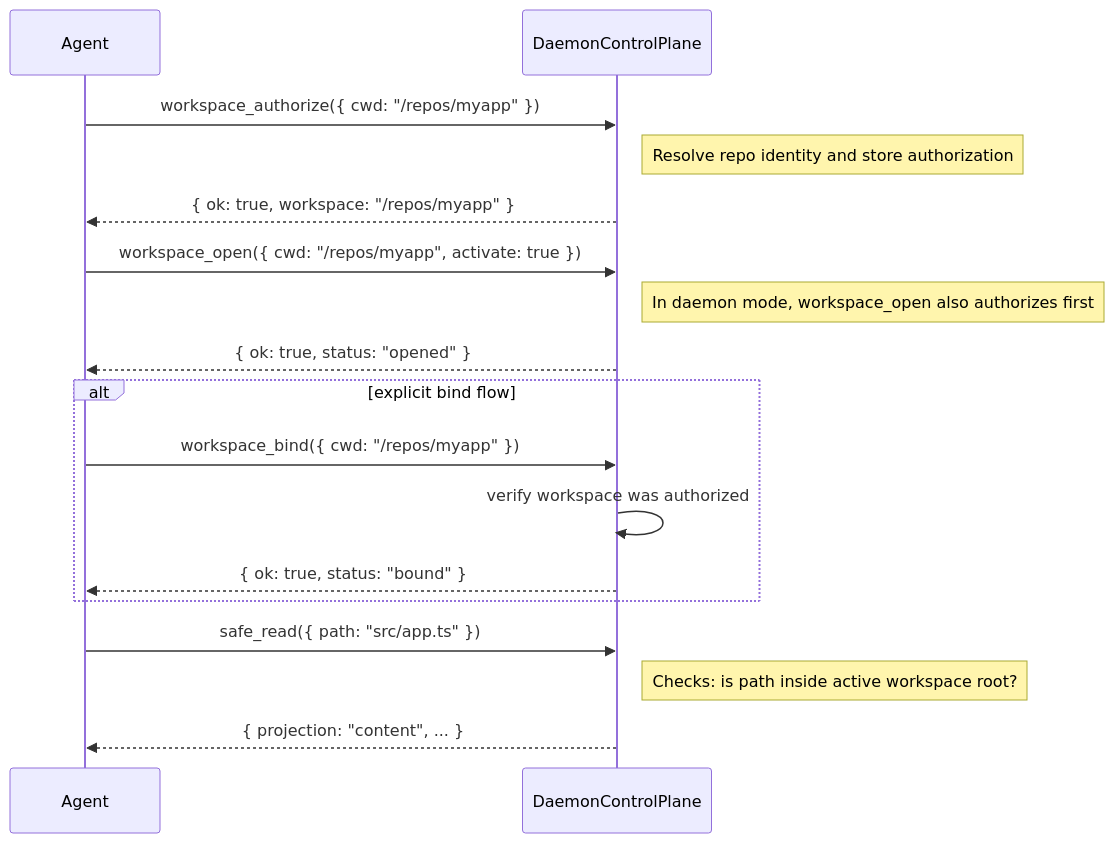
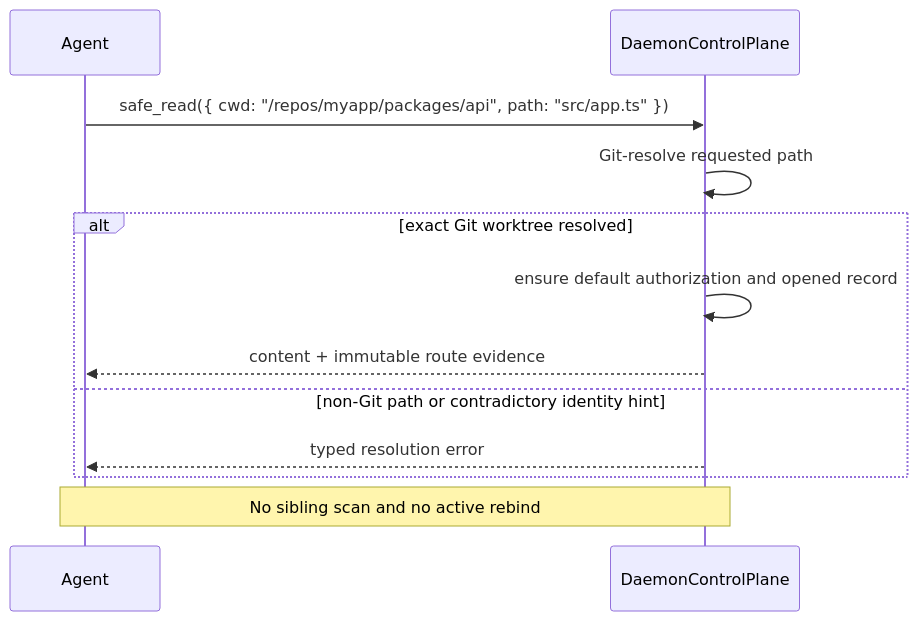
One commit to flyingrobots/graft changed diagram 29 of 29 in docs/TECHNICAL_TEARDOWN.md. Above: the diagram before and after it, drawn with Mermaid. The commit also changed other lines of this file and 15 other files, not shown here.

````diff
--- a/docs/TECHNICAL_TEARDOWN.md
+++ b/docs/TECHNICAL_TEARDOWN.md
@@ -1751,23 +1768,16 @@
 ```mermaid
 sequenceDiagram
     participant Agent
     participant CP as DaemonControlPlane
 
-    Agent->>CP: workspace_authorize({ cwd: "/repos/myapp" })
-    Note right of CP: Resolve repo identity and store authorization
-    CP-->>Agent: { ok: true, workspace: "/repos/myapp" }
-
-    Agent->>CP: workspace_open({ cwd: "/repos/myapp", activate: true })
-    Note right of CP: In daemon mode, workspace_open also authorizes first
-    CP-->>Agent: { ok: true, status: "opened" }
-
-    alt explicit bind flow
-        Agent->>CP: workspace_bind({ cwd: "/repos/myapp" })
-        CP->>CP: verify workspace was authorized
-        CP-->>Agent: { ok: true, status: "bound" }
+    Agent->>CP: safe_read({ cwd: "/repos/myapp/packages/api", path: "src/app.ts" })
+    CP->>CP: Git-resolve requested path
+    alt exact Git worktree resolved
+        CP->>CP: ensure default authorization and opened record
+        CP-->>Agent: content + immutable route evidence
+    else non-Git path or contradictory identity hint
+        CP-->>Agent: typed resolution error
     end
 
-    Agent->>CP: safe_read({ path: "src/app.ts" })
-    Note right of CP: Checks: is path inside active workspace root?
-    CP-->>Agent: { projection: "content", ... }
+    Note over Agent,CP: No sibling scan and no active rebind
 ```
````
